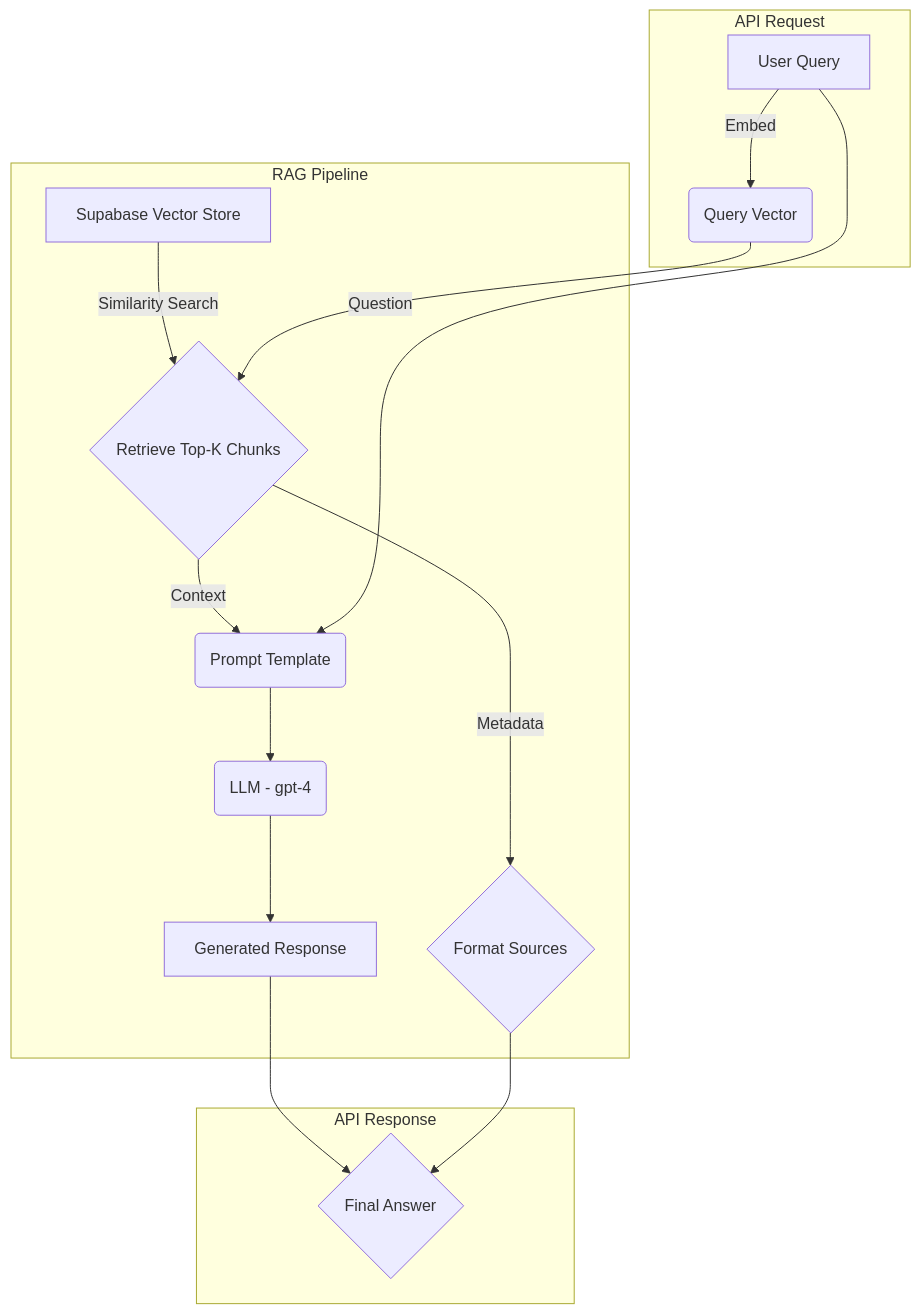
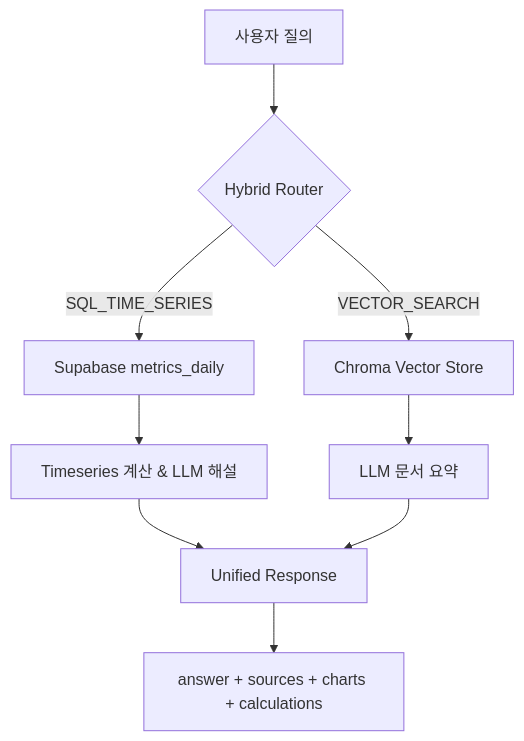
Before and after one commit to aigency-group/FoodBiz-AI: the diagram in docs/phase-3/rag-design.md, drawn with Mermaid. The commit also changed other lines of this file and 12 other files, not shown here.

````diff
--- a/docs/phase-3/rag-design.md
+++ b/docs/phase-3/rag-design.md
@@ -42,19 +11,11 @@
 ```mermaid
 graph TD
-    subgraph API Request
-        A[User Query] -->|Embed| B(Query Vector)
-    end
-    subgraph RAG Pipeline
-        C[Supabase Vector Store] -->|Similarity Search| D{Retrieve Top-K Chunks}
-        B --> D
-        D -->|Context| E(Prompt Template)
-        A -->|Question| E
-        E --> F(LLM - gpt-4)
-        F --> G[Generated Response]
-        D -->|Metadata| H{Format Sources}
-    end
-    subgraph API Response
-        G --> I{Final Answer}
-        H --> I
-    end
+    Q[사용자 질의] --> R{Hybrid Router}
+    R -->|SQL_TIME_SERIES| S[Supabase metrics_daily]
+    S --> M[Timeseries 계산 & LLM 해설]
+    R -->|VECTOR_SEARCH| V[Chroma Vector Store]
+    V --> P[LLM 문서 요약]
+    M --> E[Unified Response]
+    P --> E
+    E --> C[answer + sources + charts + calculations]
 ```
````
